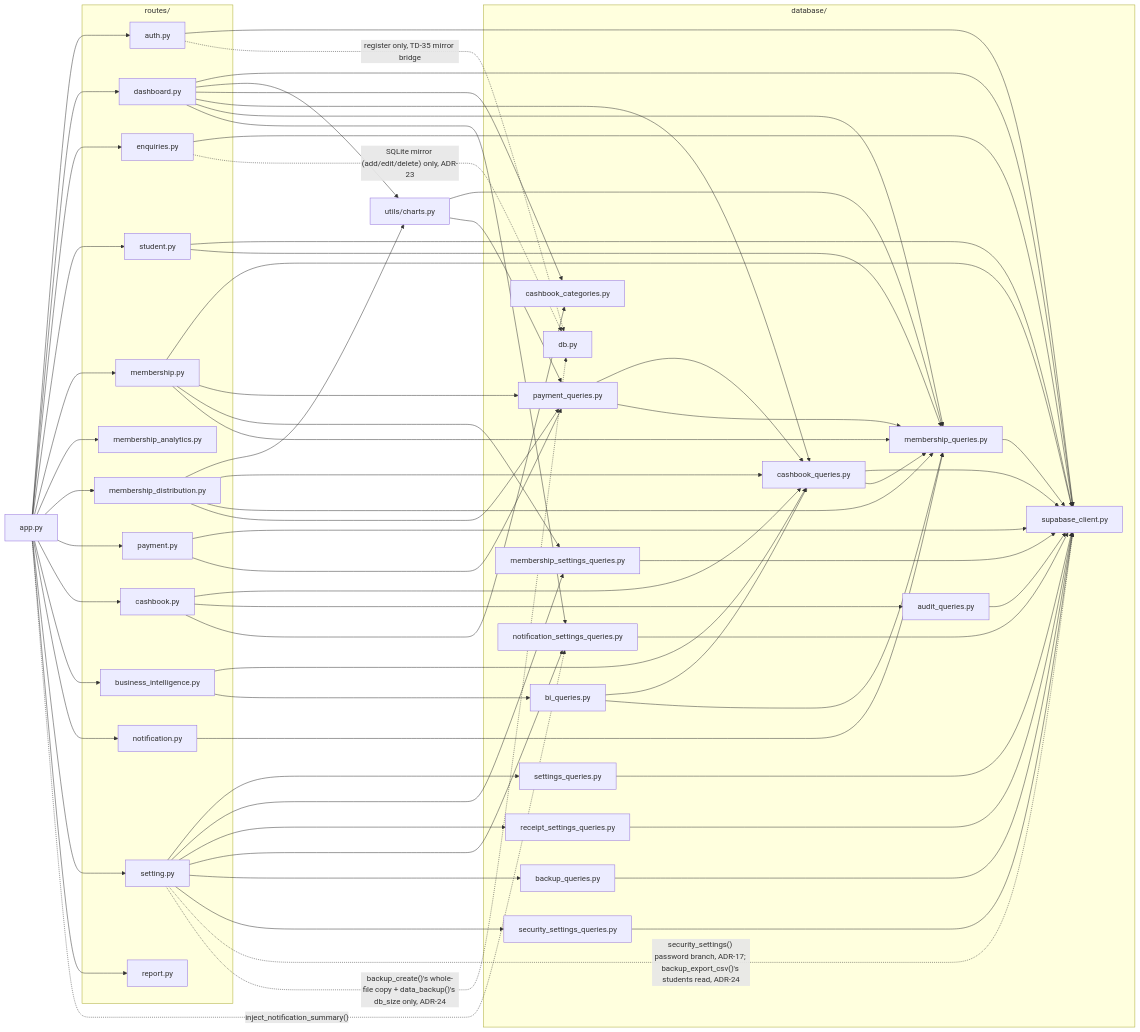
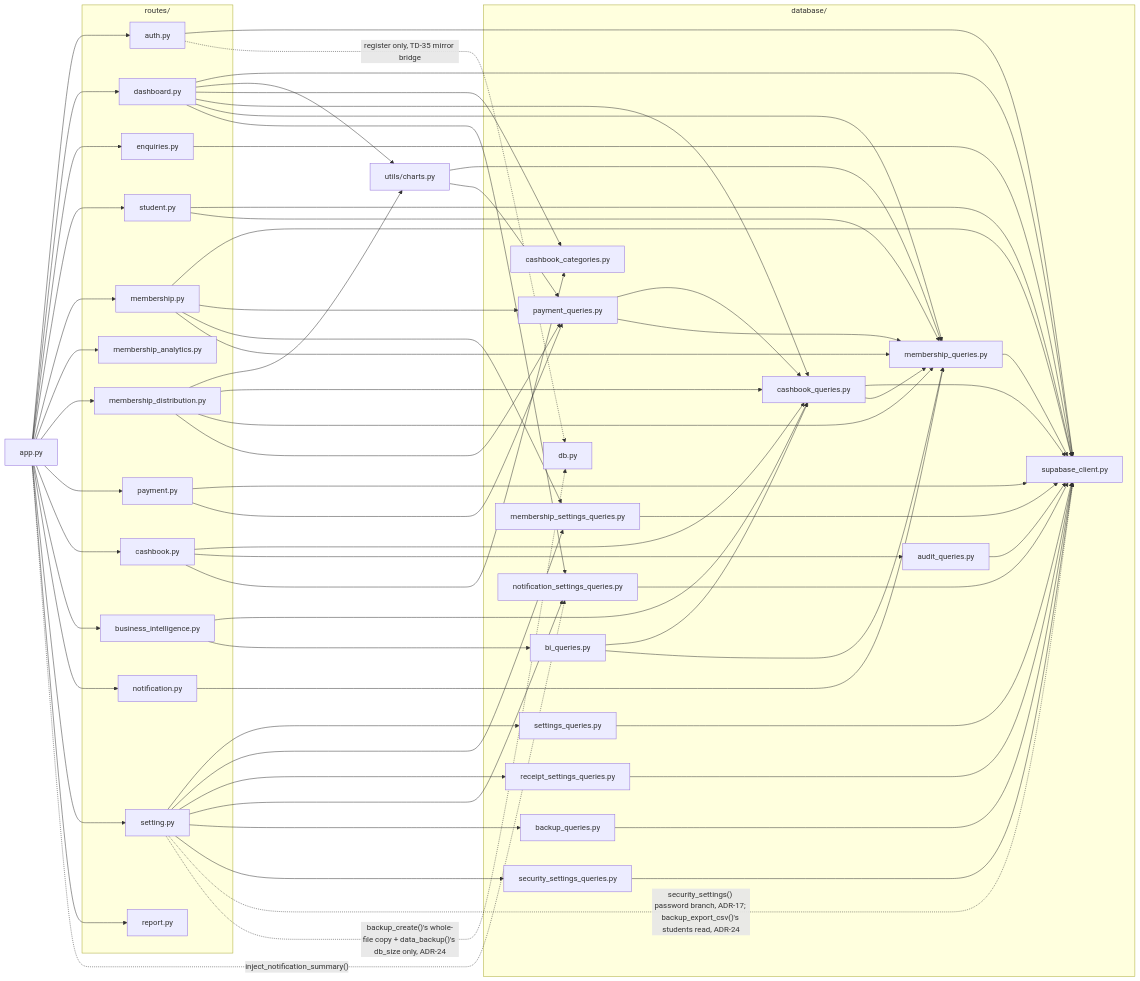
The fifth of 5 diagrams in docs/DIAGRAMS.md (saloni-keshore/smart-library-management-system), drawn with Mermaid before and after one commit. The commit also changed other lines of this file and 13 other files, not shown here.

```diff
--- a/docs/DIAGRAMS.md
+++ b/docs/DIAGRAMS.md
@@ -352,7 +351,6 @@
     dashboard_py --> cashbook_queries_py
     dashboard_py --> membership_queries_py
     enquiries_py --> supabase_client_py
-    enquiries_py -.->|"SQLite mirror (add/edit/delete) only, ADR-23"| db_py
     student_py --> supabase_client_py
     student_py --> membership_queries_py
     membership_py --> supabase_client_py
```
